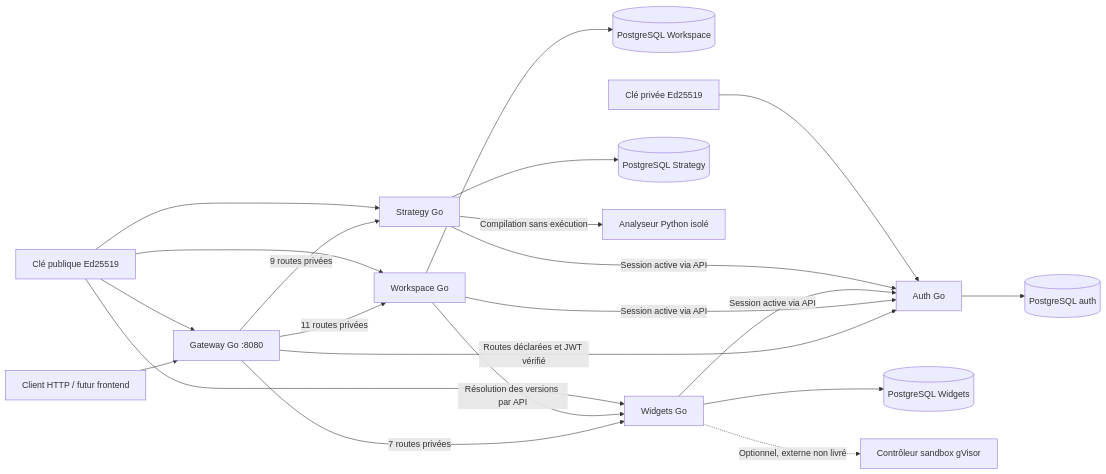
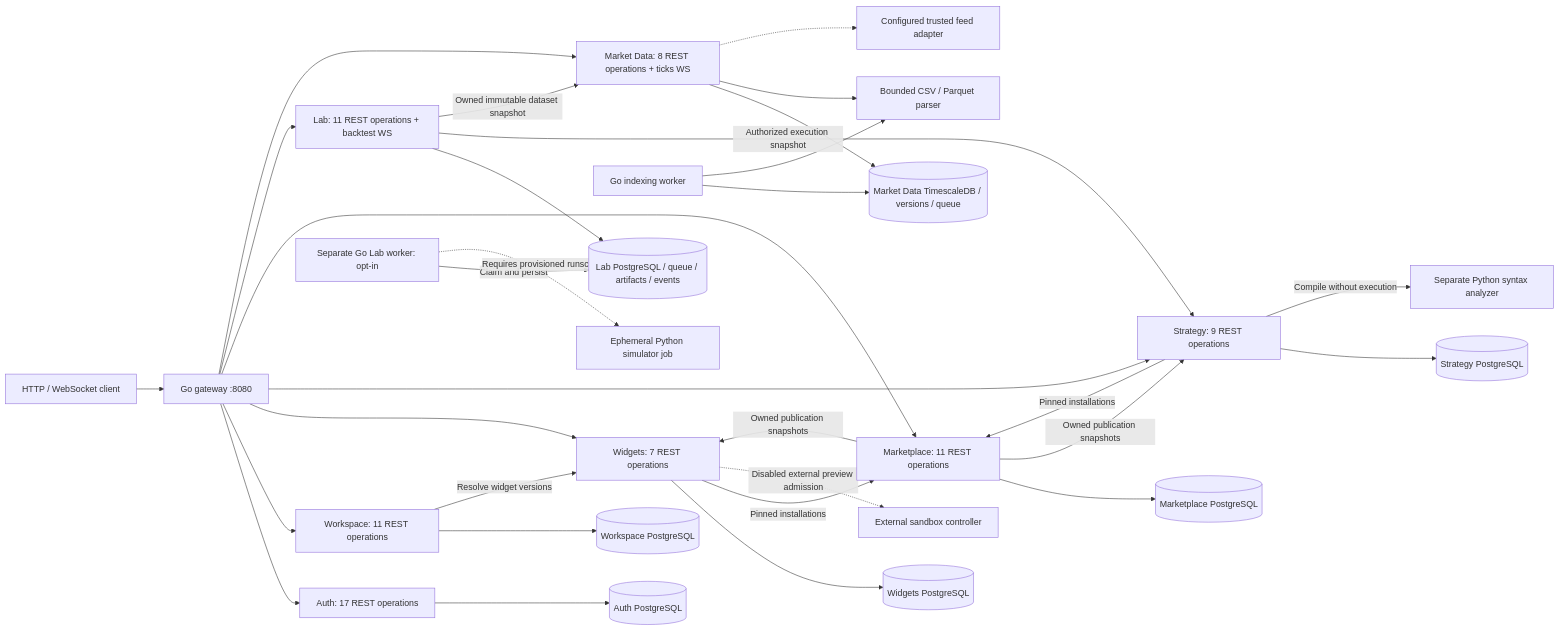
Before and after one commit to QSlate/QSlate-Back: the diagram in docs/architecture.md, drawn with Mermaid. The commit also changed other lines of this file and 2 other files, not shown here.

Commit message:
docs: translate architecture and refresh implemented endpoint contracts

````diff
--- a/docs/architecture.md
+++ b/docs/architecture.md
@@ -76,23 +75,33 @@
 ```mermaid
 flowchart LR
-    Client[Client HTTP / futur frontend] --> Gateway[Gateway Go :8080]
-    Gateway -->|Routes déclarées et JWT vérifié| Auth[Auth Go]
-    Auth --> DB[(PostgreSQL auth)]
-    Gateway -->|11 routes privées| Workspace[Workspace Go]
-    Workspace --> WDB[(PostgreSQL Workspace)]
-    Workspace -->|Session active via API| Auth
-    Gateway -->|7 routes privées| Widgets[Widgets Go]
-    Widgets --> WidgetsDB[(PostgreSQL Widgets)]
-    Widgets -->|Session active via API| Auth
-    Workspace -->|Résolution des versions par API| Widgets
-    Widgets -.->|Optionnel, externe non livré| Sandbox[Contrôleur sandbox gVisor]
-    Gateway -->|9 routes privées| Strategy[Strategy Go]
-    Strategy --> StrategyDB[(PostgreSQL Strategy)]
-    Strategy -->|Session active via API| Auth
-    Strategy -->|Compilation sans exécution| Analyzer[Analyseur Python isolé]
-    Private[Clé privée Ed25519] --> Auth
-    Public[Clé publique Ed25519] --> Gateway
-    Public --> Workspace
-    Public --> Widgets
-    Public --> Strategy
+    Client[HTTP / WebSocket client] --> Gateway[Go gateway :8080]
+    Gateway --> Auth[Auth: 17 REST operations]
+    Gateway --> Workspace[Workspace: 11 REST operations]
+    Gateway --> Widgets[Widgets: 7 REST operations]
+    Gateway --> Strategy[Strategy: 9 REST operations]
+    Gateway --> Marketplace[Marketplace: 11 REST operations]
+    Gateway --> Lab[Lab: 11 REST operations + backtest WS]
+    Gateway --> Data[Market Data: 8 REST operations + ticks WS]
+    Data --> DDB[(Market Data TimescaleDB / versions / queue)]
+    Data --> Parser[Bounded CSV / Parquet parser]
+    Indexer[Go indexing worker] --> DDB
+    Indexer --> Parser
+    Data -.-> Feed[Configured trusted feed adapter]
+    Auth --> ADB[(Auth PostgreSQL)]
+    Workspace --> WDB[(Workspace PostgreSQL)]
+    Widgets --> CDB[(Widgets PostgreSQL)]
+    Strategy --> SDB[(Strategy PostgreSQL)]
+    Marketplace --> MDB[(Marketplace PostgreSQL)]
+    Lab --> LDB[(Lab PostgreSQL / queue / artifacts / events)]
+    Workspace -->|Resolve widget versions| Widgets
+    Strategy -->|Compile without execution| Analyzer[Separate Python syntax analyzer]
+    Marketplace -->|Owned publication snapshots| Widgets
+    Marketplace -->|Owned publication snapshots| Strategy
+    Widgets -->|Pinned installations| Marketplace
+    Strategy -->|Pinned installations| Marketplace
+    Lab -->|Authorized execution snapshot| Strategy
+    Lab -->|Owned immutable dataset snapshot| Data
+    Worker[Separate Go Lab worker: opt-in] -->|Claim and persist| LDB
+    Worker -.->|Requires provisioned runsc| Job[Ephemeral Python simulator job]
+    Widgets -.->|Disabled external preview admission| Preview[External sandbox controller]
 ```
````
